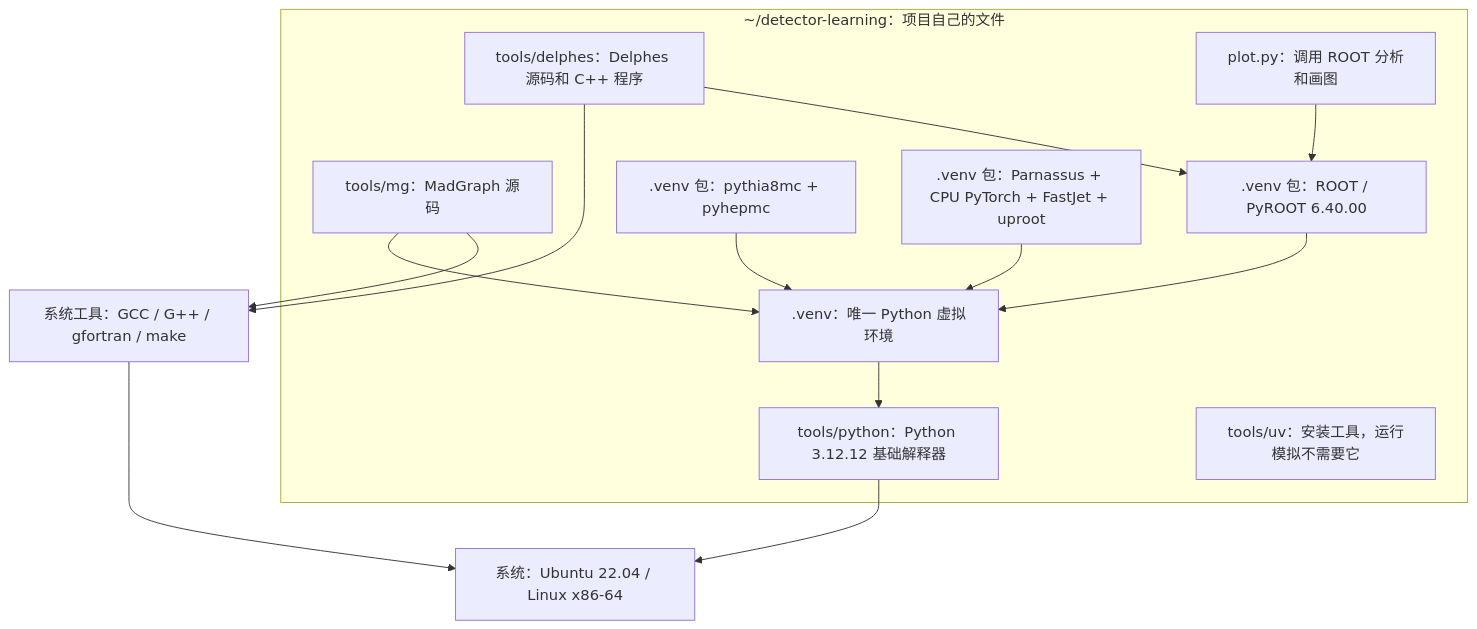
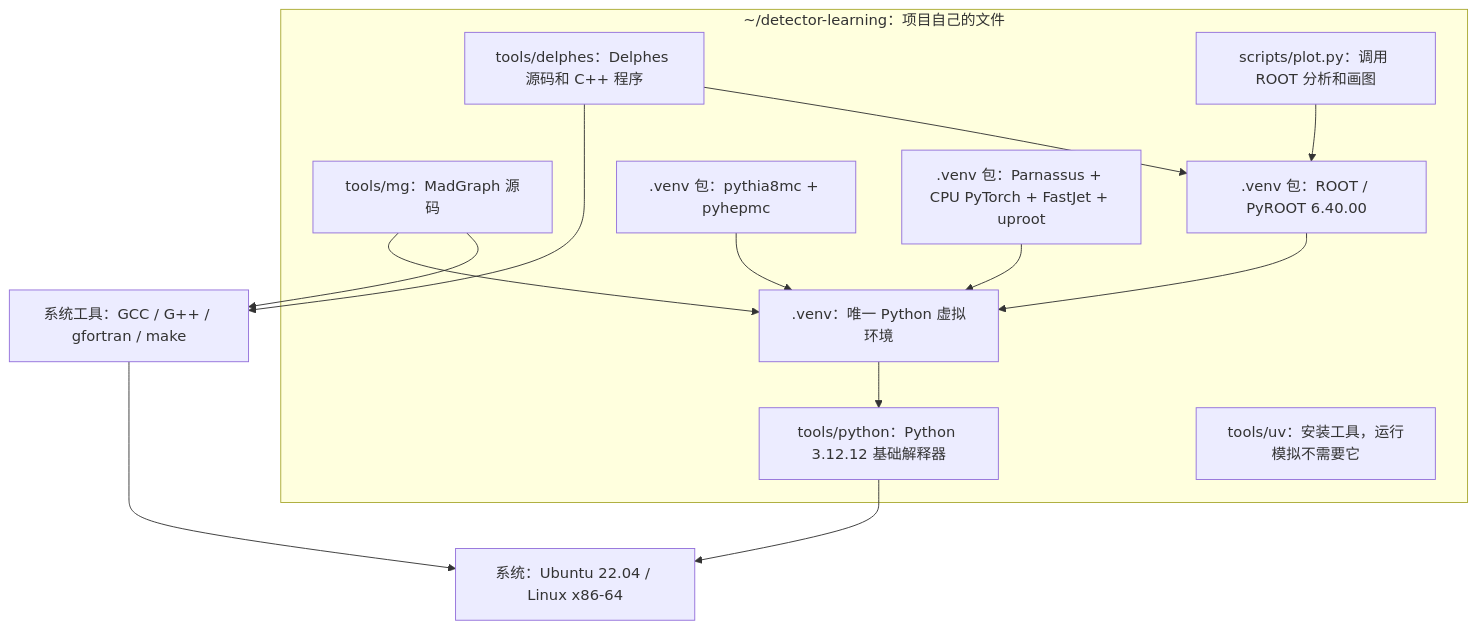
One commit to RuneTan/detector-learning changed the diagram in docs/dependencies.zh-CN.md. Above: the diagram before and after it, drawn with Mermaid. The commit also changed other lines of this file and 22 other files, not shown here.

````diff
--- a/docs/dependencies.zh-CN.md
+++ b/docs/dependencies.zh-CN.md
@@ -11,27 +11,27 @@
 ```mermaid
 flowchart TB
     OS["系统：Ubuntu 22.04 / Linux x86-64"]
     COMP["系统工具：GCC / G++ / gfortran / make"]
     subgraph PROJECT["~/detector-learning：项目自己的文件"]
         BASE["tools/python：Python 3.12.12 基础解释器"]
         ENV[".venv：唯一 Python 虚拟环境"]
         MG["tools/mg：MadGraph 源码"]
         DEL["tools/delphes：Delphes 源码和 C++ 程序"]
         ROOT[".venv 包：ROOT / PyROOT 6.40.00"]
         PYTHIA[".venv 包：pythia8mc + pyhepmc"]
         PAR[".venv 包：Parnassus + CPU PyTorch + FastJet + uproot"]
-        PLOT["plot.py：调用 ROOT 分析和画图"]
+        PLOT["scripts/plot.py：调用 ROOT 分析和画图"]
         UV["tools/uv：安装工具，运行模拟不需要它"]
     end
     BASE --> OS
     ENV --> BASE
     COMP --> OS
     MG --> ENV
     MG --> COMP
     DEL --> COMP
     DEL --> ROOT
     ROOT --> ENV
     PYTHIA --> ENV
     PAR --> ENV
     PLOT --> ROOT
 ```
````
